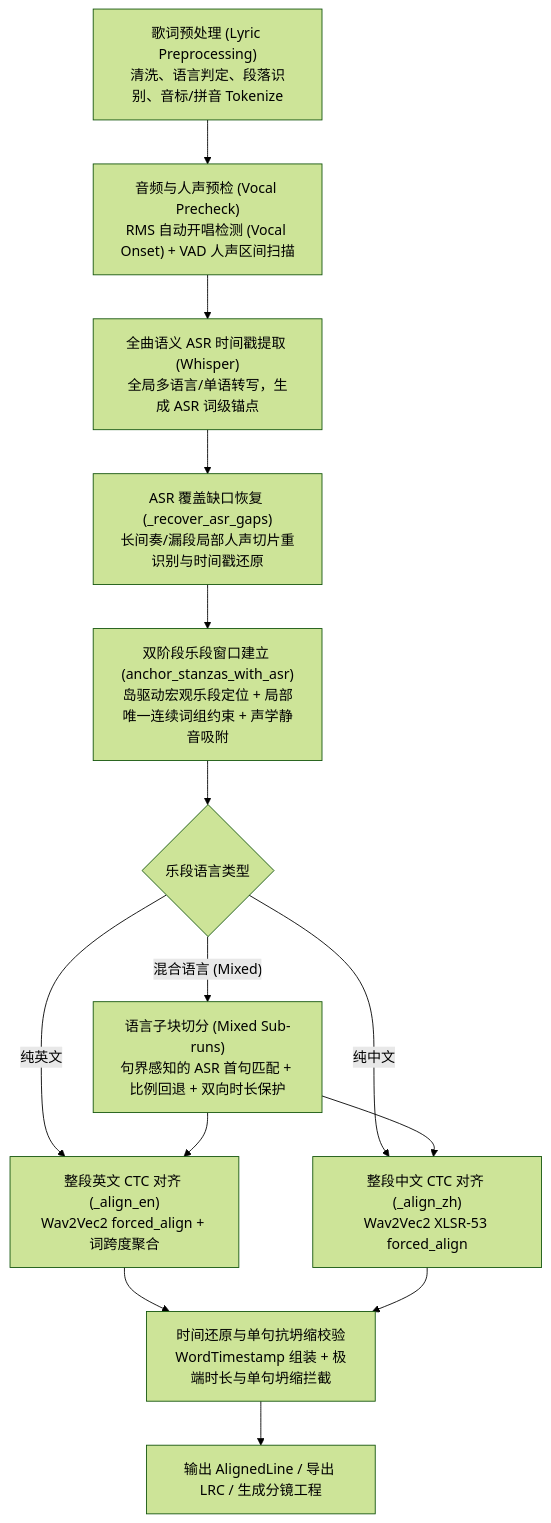
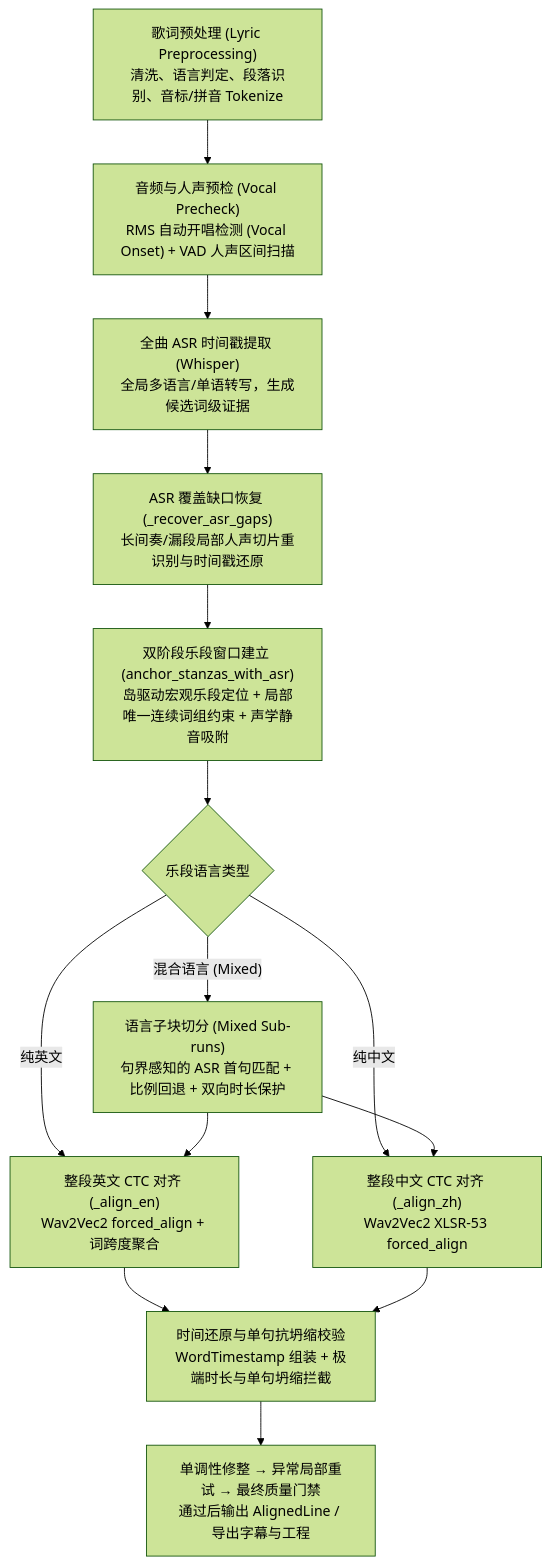
Before and after one commit to AFeiYA/m2v: the diagram in docs/ALIGNMENT_PROCESS_AND_MAINTENANCE.md, drawn with Mermaid (forest theme). The commit also changed other lines of this file and 2 other files, not shown here.

````diff
--- a/docs/ALIGNMENT_PROCESS_AND_MAINTENANCE.md
+++ b/docs/ALIGNMENT_PROCESS_AND_MAINTENANCE.md
@@ -25,16 +25,16 @@
 ```mermaid
 flowchart TD
     A["歌词预处理 (Lyric Preprocessing)\n清洗、语言判定、段落识别、音标/拼音 Tokenize"] --> B["音频与人声预检 (Vocal Precheck)\nRMS 自动开唱检测 (Vocal Onset) + VAD 人声区间扫描"]
-    B --> C["全曲语义 ASR 时间戳提取 (Whisper)\n全局多语言/单语转写，生成 ASR 词级锚点"]
+    B --> C["全曲 ASR 时间戳提取 (Whisper)\n全局多语言/单语转写，生成候选词级证据"]
     C --> D["ASR 覆盖缺口恢复 (_recover_asr_gaps)\n长间奏/漏段局部人声切片重识别与时间戳还原"]
     D --> E["双阶段乐段窗口建立 (anchor_stanzas_with_asr)\n岛驱动宏观乐段定位 + 局部唯一连续词组约束 + 声学静音吸附"]
     E --> F{"乐段语言类型"}
     F -->|"纯英文"| G["整段英文 CTC 对齐 (_align_en)\nWav2Vec2 forced_align + 词跨度聚合"]
     F -->|"纯中文"| H["整段中文 CTC 对齐 (_align_zh)\nWav2Vec2 XLSR-53 forced_align"]
     F -->|"混合语言 (Mixed)"| I["语言子块切分 (Mixed Sub-runs)\n句界感知的 ASR 首句匹配 + 比例回退 + 双向时长保护"]
     I --> G
     I --> H
     G --> J["时间还原与单句抗坍缩校验\nWordTimestamp 组装 + 极端时长与单句坍缩拦截"]
     H --> J
-    J --> K["输出 AlignedLine / 导出 LRC / 生成分镜工程"]
+    J --> K["单调性修整 → 异常局部重试 → 最终质量门禁\n通过后输出 AlignedLine / 导出字幕与工程"]
 ```
````
